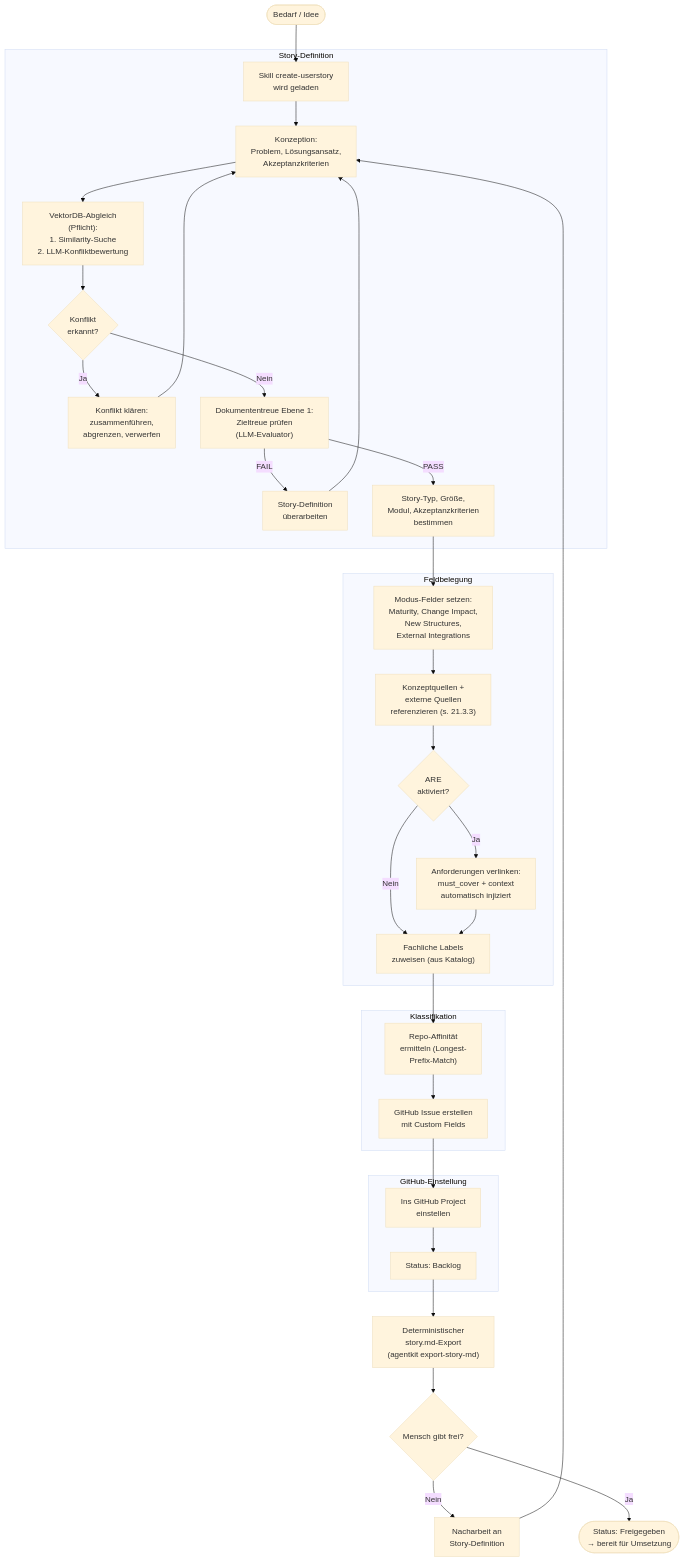
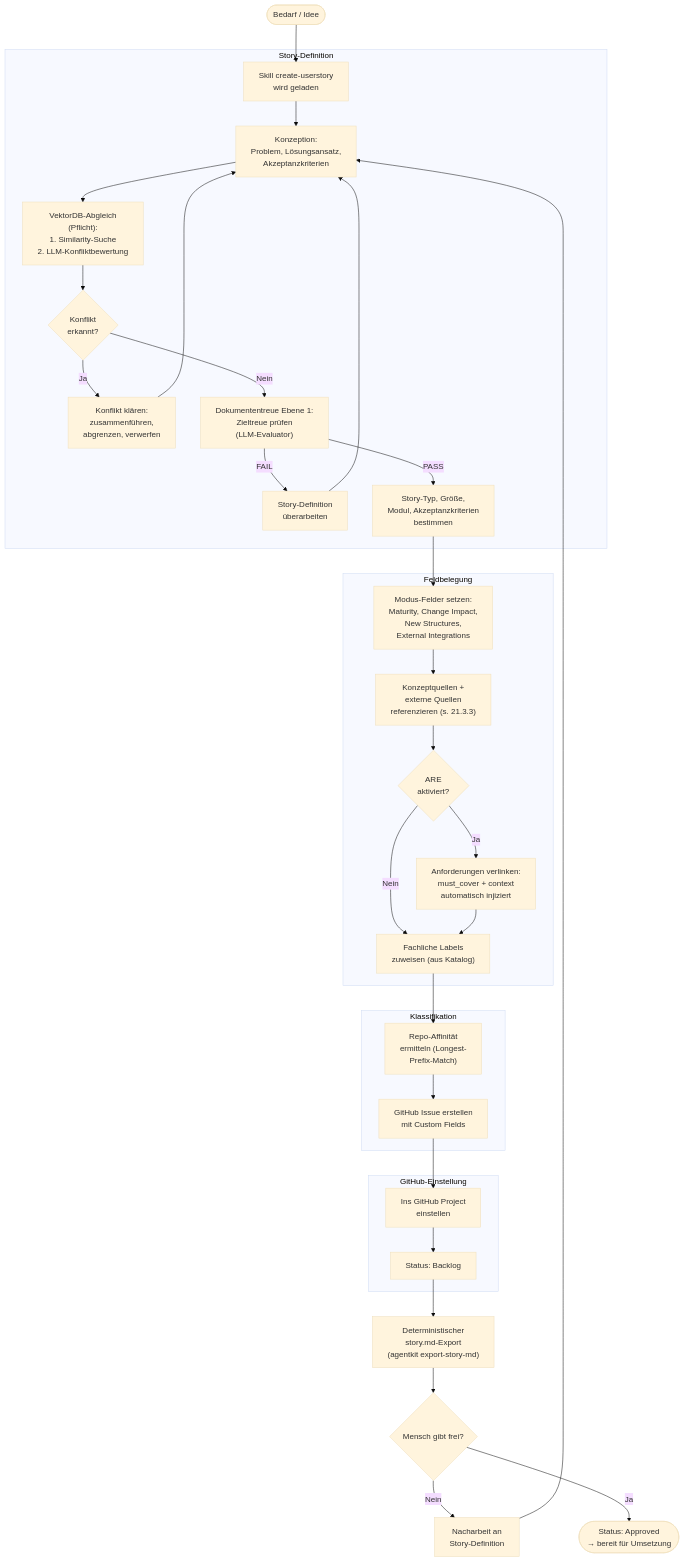
Before and after one commit to saltenhof/claude-agentkit3: the diagram in concept/technical-design/21_story_creation_pipeline.md, drawn with Mermaid (base theme). The commit also changed other lines of this file and 202 other files, not shown here.

First line of the commit message:
Complete BC architecture cut + boundary_modules + Phase D/E migration

````diff
--- a/concept/technical-design/21_story_creation_pipeline.md
+++ b/concept/technical-design/21_story_creation_pipeline.md
@@ -88,48 +125,48 @@
 ```mermaid
 flowchart TD
     TRIGGER(["Bedarf / Idee"]) --> SKILL["Skill create-userstory<br/>wird geladen"]
 
     subgraph DEFINITION ["Story-Definition"]
         SKILL --> KONZEPT["Konzeption:<br/>Problem, Lösungsansatz,<br/>Akzeptanzkriterien"]
         KONZEPT --> SEARCH["VektorDB-Abgleich<br/>(Pflicht):<br/>1. Similarity-Suche<br/>2. LLM-Konfliktbewertung"]
 
         SEARCH --> CONFLICT{"Konflikt<br/>erkannt?"}
         CONFLICT -->|Ja| RESOLVE["Konflikt klären:<br/>zusammenführen,<br/>abgrenzen, verwerfen"]
         RESOLVE --> KONZEPT
         CONFLICT -->|Nein| ZIELTREUE
 
         ZIELTREUE["Dokumententreue Ebene 1:<br/>Zieltreue prüfen<br/>(LLM-Evaluator)"]
         ZIELTREUE -->|FAIL| REWORK_Z["Story-Definition<br/>überarbeiten"]
         REWORK_Z --> KONZEPT
         ZIELTREUE -->|PASS| FIELDS
     end
 
     subgraph FIELDS_PHASE ["Feldbelegung"]
         FIELDS["Story-Typ, Größe,<br/>Modul, Akzeptanzkriterien<br/>bestimmen"]
         FIELDS --> MODE_FIELDS["Modus-Felder setzen:<br/>Maturity, Change Impact,<br/>New Structures,<br/>External Integrations"]
         MODE_FIELDS --> CONCEPT_REF["Konzeptquellen +<br/>externe Quellen<br/>referenzieren (s. 21.3.3)"]
         CONCEPT_REF --> ARE_CHECK{"ARE<br/>aktiviert?"}
 
         ARE_CHECK -->|Ja| ARE_LINK["Anforderungen verlinken:<br/>must_cover + context<br/>automatisch injiziert"]
         ARE_CHECK -->|Nein| LABELS
         ARE_LINK --> LABELS
     end
 
     subgraph KLASSIFIKATION ["Klassifikation"]
         LABELS["Fachliche Labels<br/>zuweisen (aus Katalog)"]
         LABELS --> REPO_AFF["Repo-Affinität<br/>ermitteln (Longest-<br/>Prefix-Match)"]
         REPO_AFF --> GITHUB
     end
 
     subgraph EINSTELLUNG ["GitHub-Einstellung"]
         GITHUB["GitHub Issue erstellen<br/>mit Custom Fields"]
         GITHUB --> PROJECT["Ins GitHub Project<br/>einstellen"]
         PROJECT --> BACKLOG["Status: Backlog"]
     end
 
     BACKLOG --> EXPORT["Deterministischer<br/>story.md-Export<br/>(agentkit export-story-md)"]
     EXPORT --> FREIGABE{"Mensch gibt frei?"}
     FREIGABE -->|Nein| REWORK["Nacharbeit an<br/>Story-Definition"]
     REWORK --> KONZEPT
-    FREIGABE -->|Ja| APPROVED(["Status: Freigegeben<br/>→ bereit für Umsetzung"])
+    FREIGABE -->|Ja| APPROVED(["Status: Approved<br/>→ bereit für Umsetzung"])
 ```
````
